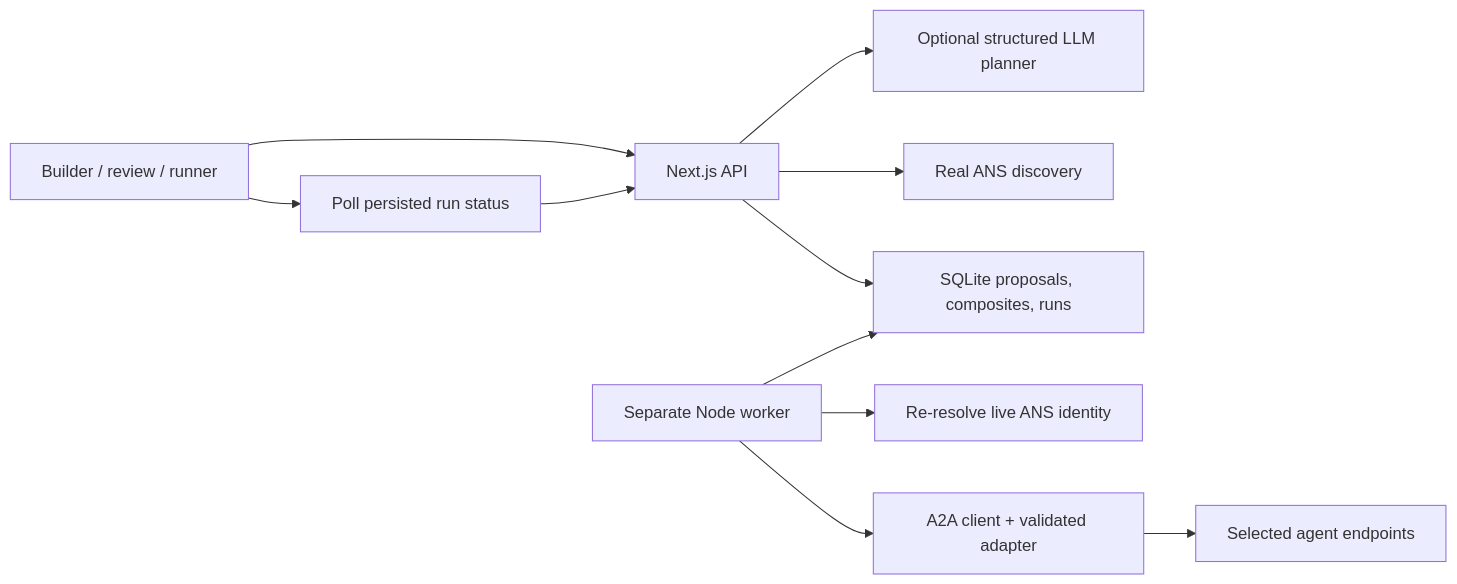
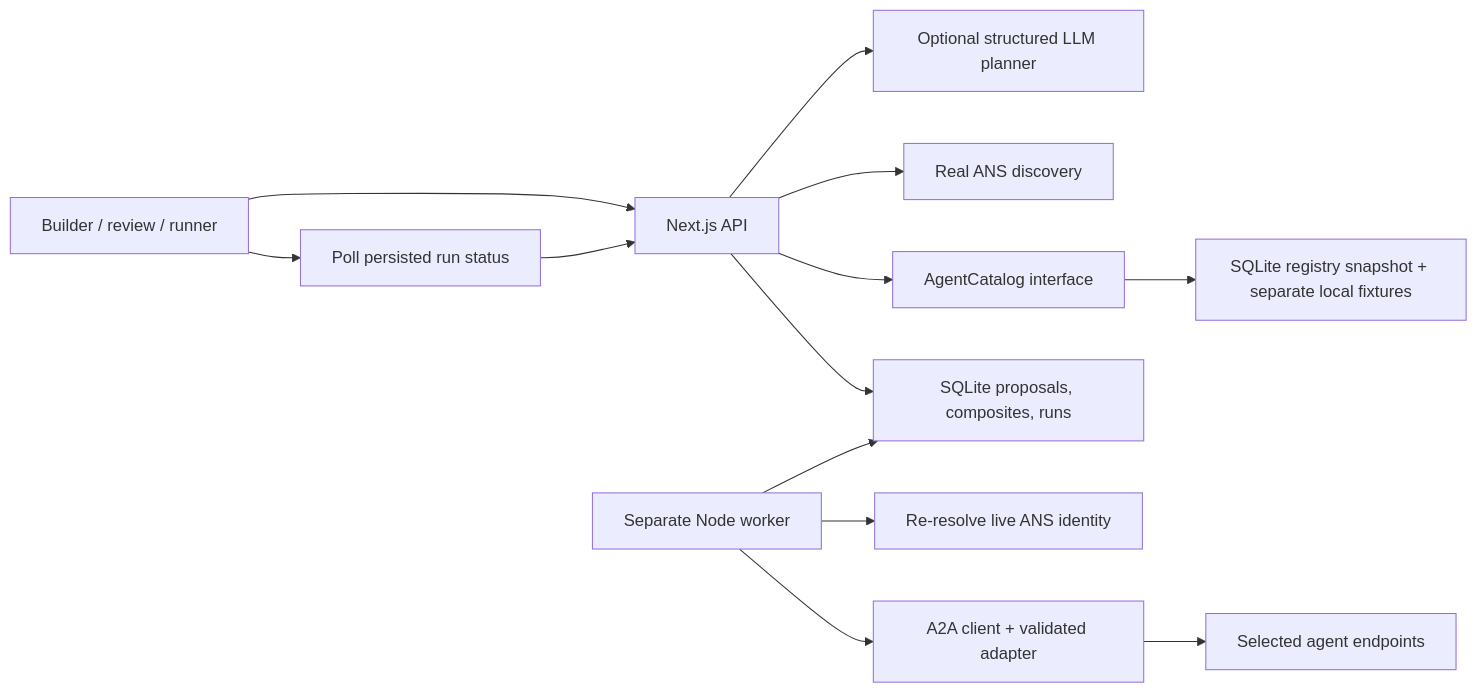
One commit to Ausnoa/Agent-Hub-VTHax14 changed the diagram in docs/ARCHITECTURE.md. Above: the diagram before and after it, drawn with Mermaid. The commit also changed other lines of this file and 18 other files, not shown here.

Commit message:
feat: add replaceable pilot catalog and verified LLM workflow

````diff
--- a/docs/ARCHITECTURE.md
+++ b/docs/ARCHITECTURE.md
@@ -3,13 +3,15 @@
 ```mermaid
 flowchart LR
   Browser["Builder / review / runner"] --> API["Next.js API"]
   API --> Planner["Optional structured LLM planner"]
   API --> ANS["Real ANS discovery"]
+  API --> Catalog["AgentCatalog interface"]
+  Catalog --> Pilot["SQLite registry snapshot + separate local fixtures"]
   API --> DB["SQLite proposals, composites, runs"]
   Worker["Separate Node worker"] --> DB
   Worker --> Resolve["Re-resolve live ANS identity"]
   Worker --> A2A["A2A client + validated adapter"]
   A2A --> Agents["Selected agent endpoints"]
   Browser --> Poll["Poll persisted run status"]
   Poll --> API
 ```
````
